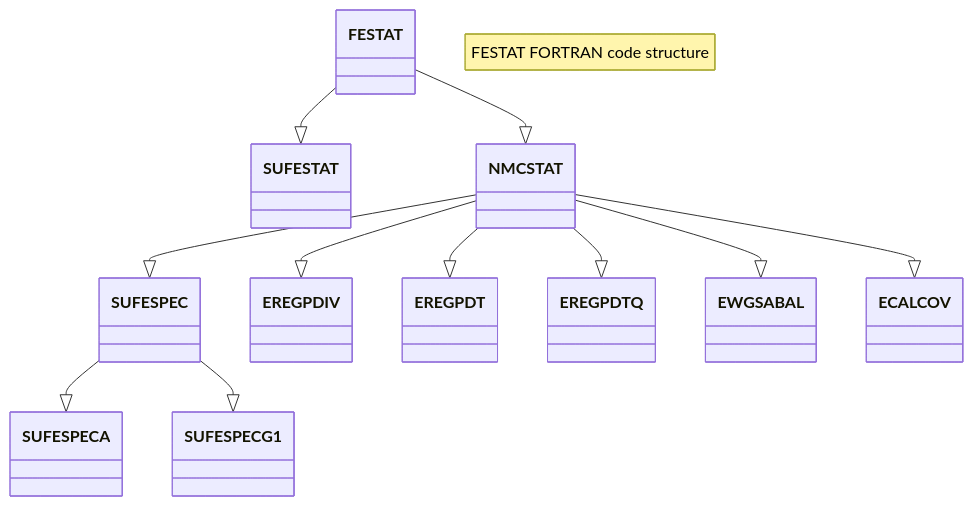
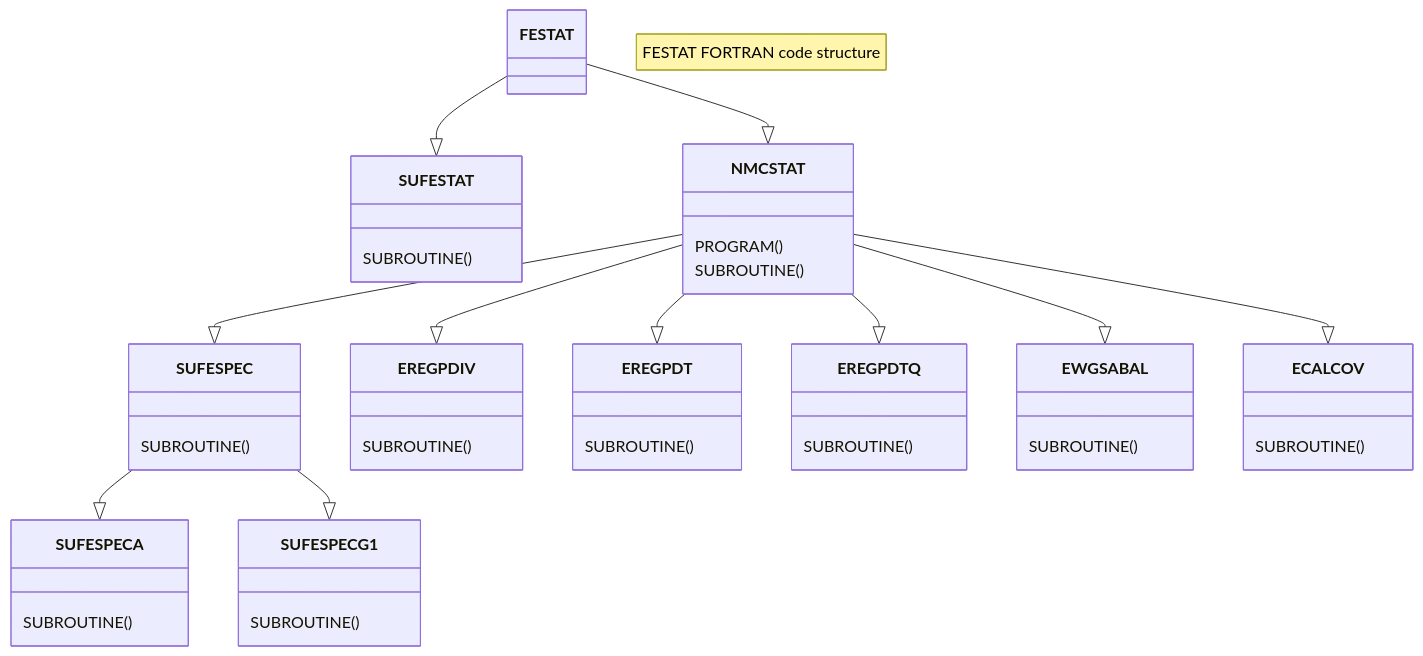
Before and after one commit to ACCORD-NWP/AccordDaTools: the diagram in doc/tools/festat.md, drawn with Mermaid. The commit also changed other lines of this file, not shown here.

Commit message:
Add code classification

````diff
--- a/doc/tools/festat.md
+++ b/doc/tools/festat.md
@@ -18,16 +18,28 @@
 ```mermaid
 classDiagram
 
 note "FESTAT FORTRAN code structure"
 
 FESTAT --|> SUFESTAT
 FESTAT --|> NMCSTAT
 NMCSTAT --|> SUFESPEC
 NMCSTAT --|> EREGPDIV
 NMCSTAT --|> EREGPDT
 NMCSTAT --|> EREGPDTQ
 NMCSTAT --|> EWGSABAL
 NMCSTAT --|> ECALCOV
 SUFESPEC --|> SUFESPECA
 SUFESPEC --|> SUFESPECG1
+
+NMCSTAT: PROGRAM()
+SUFESTAT: SUBROUTINE()
+NMCSTAT: SUBROUTINE()
+SUFESPEC: SUBROUTINE()
+EREGPDIV: SUBROUTINE()
+EREGPDT: SUBROUTINE()
+EREGPDTQ: SUBROUTINE()
+EWGSABAL: SUBROUTINE()
+ECALCOV: SUBROUTINE()
+SUFESPECA: SUBROUTINE()
+SUFESPECG1: SUBROUTINE()
 ```
````
